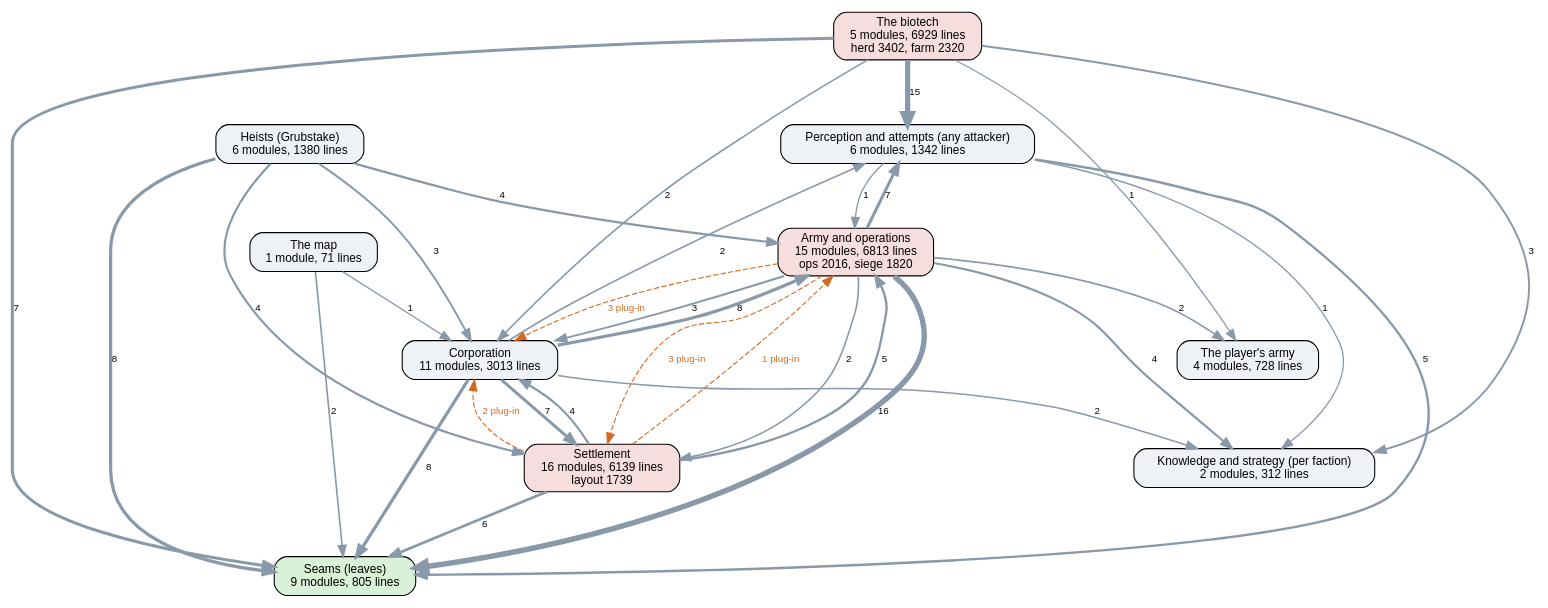
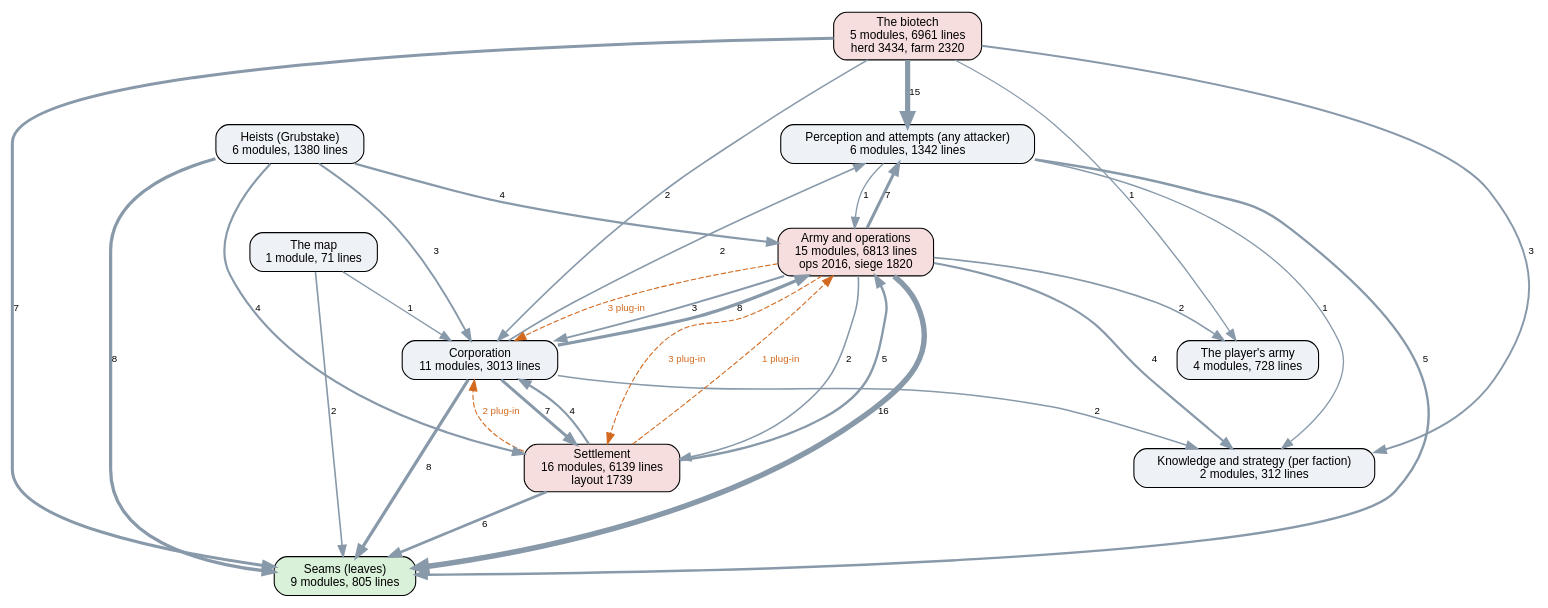
Before and after one commit to kinelhu/landing-party: the diagram in docs/ai-layers.dot, drawn with Graphviz. The commit also changed 8 other files, not shown here.

```diff
--- a/docs/ai-layers.dot
+++ b/docs/ai-layers.dot
@@ -1,47 +1,47 @@
 digraph layers {
   graph [rankdir=TB, fontname="Helvetica", nodesep=0.5, ranksep=0.7];
   node [shape=box, style="rounded,filled", fontname="Helvetica", fontsize=11, fillcolor="#eef2f7"];
   edge [color="#8899aa", fontname="Helvetica", fontsize=9];
   "Seams (leaves)" [label="Seams (leaves)\n9 modules, 805 lines", fillcolor="#d9f0d9"];
   "Perception and attempts (any attacker)" [label="Perception and attempts (any attacker)\n6 modules, 1342 lines", fillcolor="#eef2f7"];
   "Knowledge and strategy (per faction)" [label="Knowledge and strategy (per faction)\n2 modules, 312 lines", fillcolor="#eef2f7"];
   "Corporation" [label="Corporation\n11 modules, 3013 lines", fillcolor="#eef2f7"];
   "Settlement" [label="Settlement\n16 modules, 6139 lines\nlayout 1739", fillcolor="#f7dede"];
   "Army and operations" [label="Army and operations\n15 modules, 6813 lines\nops 2016, siege 1820", fillcolor="#f7dede"];
   "Heists (Grubstake)" [label="Heists (Grubstake)\n6 modules, 1380 lines", fillcolor="#eef2f7"];
-  "The biotech" [label="The biotech\n5 modules, 6929 lines\nherd 3402, farm 2320", fillcolor="#f7dede"];
+  "The biotech" [label="The biotech\n5 modules, 6961 lines\nherd 3434, farm 2320", fillcolor="#f7dede"];
   "The map" [label="The map\n1 module, 71 lines", fillcolor="#eef2f7"];
   "The player's army" [label="The player's army\n4 modules, 728 lines", fillcolor="#eef2f7"];
   "Army and operations" -> "Corporation" [label="3", penwidth=1.8];
   "Army and operations" -> "Knowledge and strategy (per faction)" [label="4", penwidth=2.0];
   "Army and operations" -> "Perception and attempts (any attacker)" [label="7", penwidth=2.8];
   "Army and operations" -> "Seams (leaves)" [label="16", penwidth=5.0];
   "Army and operations" -> "Settlement" [label="2", penwidth=1.5];
   "Army and operations" -> "The player's army" [label="2", penwidth=1.5];
   "Corporation" -> "Army and operations" [label="8", penwidth=3.0];
   "Corporation" -> "Knowledge and strategy (per faction)" [label="2", penwidth=1.5];
   "Corporation" -> "Perception and attempts (any attacker)" [label="2", penwidth=1.5];
   "Corporation" -> "Seams (leaves)" [label="8", penwidth=3.0];
   "Corporation" -> "Settlement" [label="7", penwidth=2.8];
   "Heists (Grubstake)" -> "Army and operations" [label="4", penwidth=2.0];
   "Heists (Grubstake)" -> "Corporation" [label="3", penwidth=1.8];
   "Heists (Grubstake)" -> "Seams (leaves)" [label="8", penwidth=3.0];
   "Heists (Grubstake)" -> "Settlement" [label="4", penwidth=2.0];
   "Perception and attempts (any attacker)" -> "Army and operations" [label="1", penwidth=1.2];
   "Perception and attempts (any attacker)" -> "Knowledge and strategy (per faction)" [label="1", penwidth=1.2];
   "Perception and attempts (any attacker)" -> "Seams (leaves)" [label="5", penwidth=2.2];
   "Settlement" -> "Army and operations" [label="5", penwidth=2.2];
   "Settlement" -> "Corporation" [label="4", penwidth=2.0];
   "Settlement" -> "Seams (leaves)" [label="6", penwidth=2.5];
   "The biotech" -> "Corporation" [label="2", penwidth=1.5];
   "The biotech" -> "Knowledge and strategy (per faction)" [label="3", penwidth=1.8];
   "The biotech" -> "Perception and attempts (any attacker)" [label="15", penwidth=4.8];
   "The biotech" -> "Seams (leaves)" [label="7", penwidth=2.8];
   "The biotech" -> "The player's army" [label="1", penwidth=1.2];
   "The map" -> "Corporation" [label="1", penwidth=1.2];
   "The map" -> "Seams (leaves)" [label="2", penwidth=1.5];
   "Army and operations" -> "Corporation" [style=dashed, color="#d2691e", fontcolor="#d2691e", label="3 plug-in"];
   "Army and operations" -> "Settlement" [style=dashed, color="#d2691e", fontcolor="#d2691e", label="3 plug-in"];
   "Settlement" -> "Army and operations" [style=dashed, color="#d2691e", fontcolor="#d2691e", label="1 plug-in"];
   "Settlement" -> "Corporation" [style=dashed, color="#d2691e", fontcolor="#d2691e", label="2 plug-in"];
 }
```
